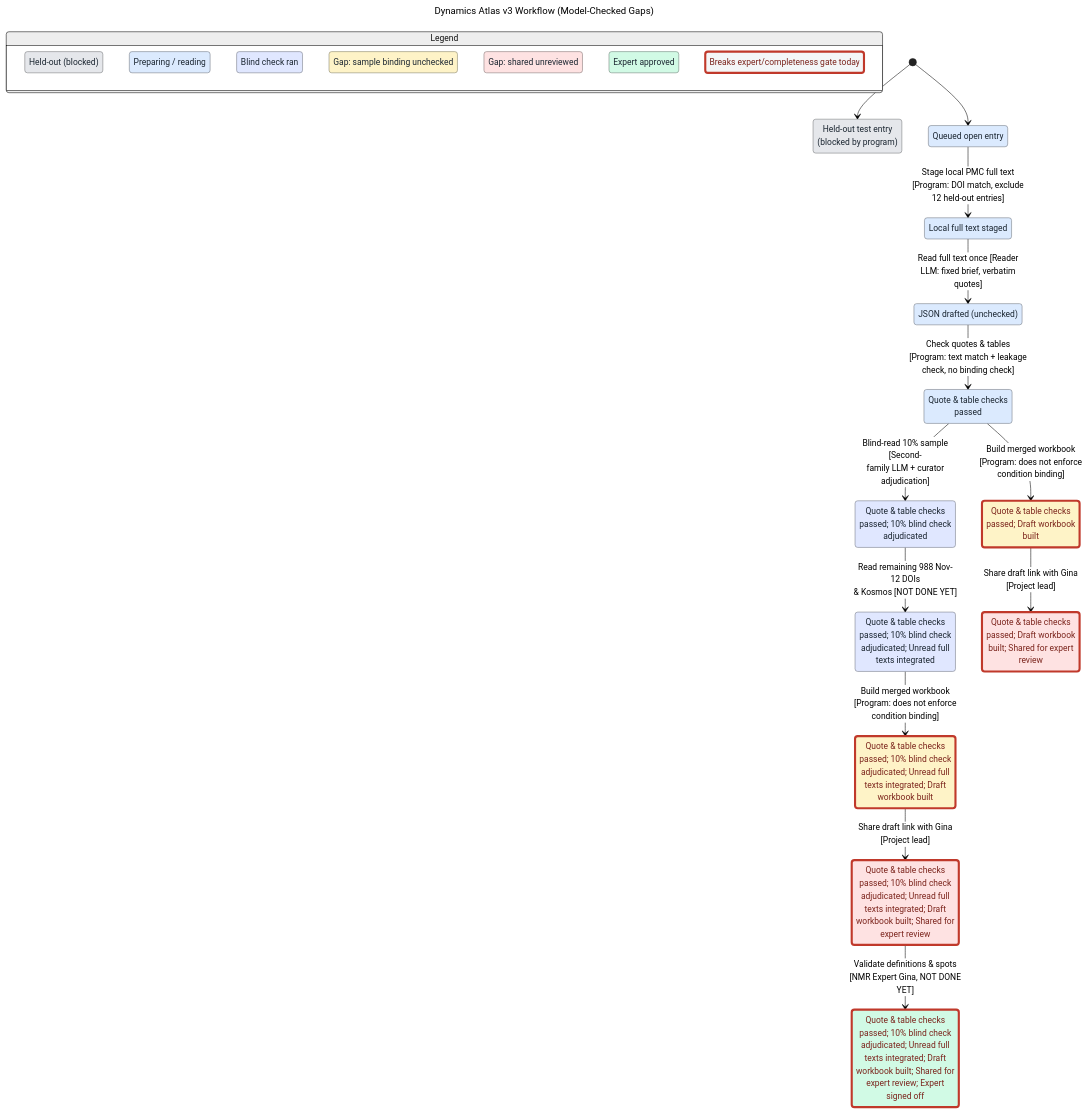
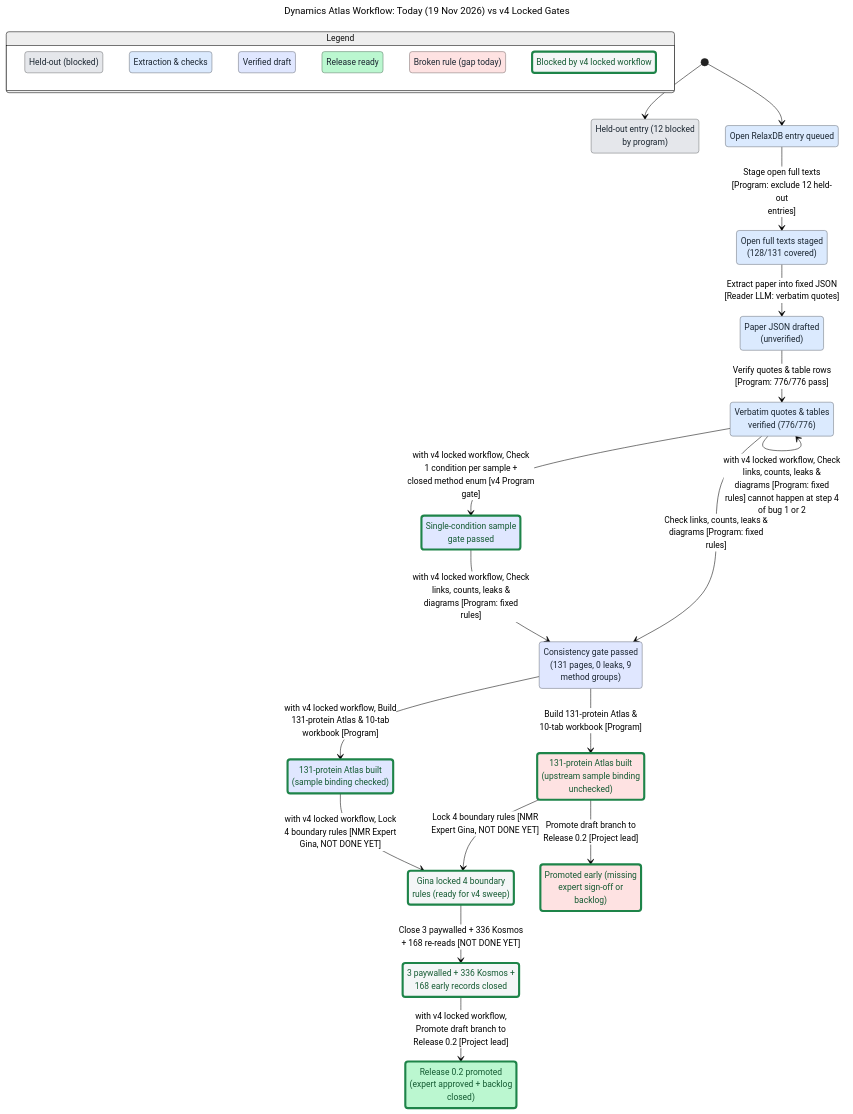
The diagram in methods/statechart/chart.mmd (alex051107/dynamics-atlas-relaxdb), drawn with Mermaid (neutral theme) before and after one commit. The commit also changed 13 other files, not shown here.

Commit message:
Update TLC statechart model to compare 19 Nov workflow against v4 locked gates

```diff
--- a/methods/statechart/chart.mmd
+++ b/methods/statechart/chart.mmd
@@ -1,70 +1,74 @@
 ---
-title: "Dynamics Atlas v3 Workflow (Model-Checked Gaps)"
+title: "Dynamics Atlas Workflow: Today (19 Nov 2026) vs v4 Locked Gates"
 config:
   markdownAutoWrap: false
   state:
     useMaxWidth: false
 ---
 stateDiagram-v2
-  classDef plainWrong fill:#f4f6f7,stroke:#c0392b,stroke-width:4px,color:#7b241c
+  %% second model (fix): v4 locked workflow
+  classDef plainFixed fill:#f4f6f7,stroke:#1e8449,stroke-width:4px,color:#145a32
   classDef group0 fill:#e5e7eb,stroke:#737476,color:#1b2631
   classDef group1 fill:#dbeafe,stroke:#6e757f,color:#1b2631
   classDef group2 fill:#e0e7ff,stroke:#707480,color:#1b2631
-  classDef group3 fill:#fef3c7,stroke:#7f7a64,color:#1b2631
-  classDef group3Wrong fill:#fef3c7,stroke:#c0392b,stroke-width:4px,color:#7b241c
-  classDef group4 fill:#fee2e2,stroke:#7f7171,color:#1b2631
-  classDef group4Wrong fill:#fee2e2,stroke:#c0392b,stroke-width:4px,color:#7b241c
-  classDef group5 fill:#d1fae5,stroke:#697d73,color:#1b2631
-  classDef group5Wrong fill:#d1fae5,stroke:#c0392b,stroke-width:4px,color:#7b241c
+  classDef group2Fixed fill:#e0e7ff,stroke:#1e8449,stroke-width:4px,color:#145a32
+  classDef group4 fill:#bbf7d0,stroke:#5e7c68,color:#1b2631
+  classDef group4Fixed fill:#bbf7d0,stroke:#1e8449,stroke-width:4px,color:#145a32
+  classDef group5 fill:#fee2e2,stroke:#7f7171,color:#1b2631
+  classDef group5Fixed fill:#fee2e2,stroke:#1e8449,stroke-width:4px,color:#145a32
   state "Legend" as legend {
     state "Held-out (blocked)" as legendGroup0
-    state "Preparing / reading" as legendGroup1
-    state "Blind check ran" as legendGroup2
-    state "Gap: sample binding unchecked" as legendGroup3
-    state "Gap: shared unreviewed" as legendGroup4
-    state "Expert approved" as legendGroup5
-    state "Breaks expert/completeness gate today" as legendWrong
+    state "Extraction & checks" as legendGroup1
+    state "Verified draft" as legendGroup2
+    state "Release ready" as legendGroup4
+    state "Broken rule (gap today)" as legendGroup5
+    state "Blocked by v4 locked workflow" as legendFixed
   }
   class legendGroup0 group0
   class legendGroup1 group1
   class legendGroup2 group2
-  class legendGroup3 group3
   class legendGroup4 group4
   class legendGroup5 group5
-  class legendWrong plainWrong
-  state "Held-out test entry<br/>(blocked by program)" as s0
-  state "JSON drafted (unchecked)" as s1
-  state "Local full text staged" as s2
-  state "Queued open entry" as s3
-  state "Quote & table checks<br/>passed" as s4
-  state "Quote & table checks<br/>passed; 10% blind check<br/>adjudicated" as s5
-  state "Quote & table checks<br/>passed; 10% blind check<br/>adjudicated; Unread full<br/>texts integrated" as s6
-  state "Quote & table checks<br/>passed; 10% blind check<br/>adjudicated; Unread full<br/>texts integrated; Draft<br/>workbook built" as s7
-  state "Quote & table checks<br/>passed; 10% blind check<br/>adjudicated; Unread full<br/>texts integrated; Draft<br/>workbook built; Shared for<br/>expert review" as s8
-  state "Quote & table checks<br/>passed; 10% blind check<br/>adjudicated; Unread full<br/>texts integrated; Draft<br/>workbook built; Shared for<br/>expert review; Expert<br/>signed off" as s9
-  state "Quote & table checks<br/>passed; Draft workbook<br/>built" as s10
-  state "Quote & table checks<br/>passed; Draft workbook<br/>built; Shared for expert<br/>review" as s11
-  [*] --> s0
-  [*] --> s3
-  s3 --> s2 : Stage local PMC full text<br/>[Program: DOI match, exclude<br/>12 held-out entries]
-  s2 --> s1 : Read full text once [Reader<br/>LLM: fixed brief, verbatim<br/>quotes]
-  s1 --> s4 : Check quotes & tables<br/>[Program: text match + leakage<br/>check, no binding check]
-  s4 --> s5 : Blind-read 10% sample<br/>[Second-family LLM + curator<br/>adjudication]
-  s4 --> s10 : Build merged workbook<br/>[Program: does not enforce<br/>condition binding]
-  s5 --> s6 : Read remaining 988 Nov-12 DOIs<br/>& Kosmos [NOT DONE YET]
-  s10 --> s11 : Share draft link with Gina<br/>[Project lead]
-  s6 --> s7 : Build merged workbook<br/>[Program: does not enforce<br/>condition binding]
-  s7 --> s8 : Share draft link with Gina<br/>[Project lead]
-  s8 --> s9 : Validate definitions & spots<br/>[NMR Expert Gina, NOT DONE<br/>YET]
-  class s0 group0
-  class s1 group1
-  class s2 group1
-  class s3 group1
-  class s4 group1
-  class s5 group2
-  class s6 group2
-  class s7 group3Wrong
-  class s8 group4Wrong
-  class s9 group5Wrong
-  class s10 group3Wrong
-  class s11 group4Wrong
+  class legendFixed plainFixed
+  state "131-protein Atlas built<br/>(sample binding checked)" as s0
+  state "131-protein Atlas built<br/>(upstream sample binding<br/>unchecked)" as s1
+  state "3 paywalled + 336 Kosmos +<br/>168 early records closed" as s2
+  state "Consistency gate passed<br/>(131 pages, 0 leaks, 9<br/>method groups)" as s3
+  state "Gina locked 4 boundary<br/>rules (ready for v4 sweep)" as s4
+  state "Held-out entry (12 blocked<br/>by program)" as s5
+  state "Open RelaxDB entry queued" as s6
+  state "Open full texts staged<br/>(128/131 covered)" as s7
+  state "Paper JSON drafted<br/>(unverified)" as s8
+  state "Promoted early (missing<br/>expert sign-off or<br/>backlog)" as s9
+  state "Release 0.2 promoted<br/>(expert approved + backlog<br/>closed)" as s10
+  state "Single-condition sample<br/>gate passed" as s11
+  state "Verbatim quotes & tables<br/>verified (776/776)" as s12
+  [*] --> s5
+  [*] --> s6
+  s6 --> s7 : Stage open full texts<br/>[Program: exclude 12 held-out<br/>entries]
+  s7 --> s8 : Extract paper into fixed JSON<br/>[Reader LLM: verbatim quotes]
+  s8 --> s12 : Verify quotes & table rows<br/>[Program: 776/776 pass]
+  s12 --> s3 : Check links, counts, leaks &<br/>diagrams [Program: fixed<br/>rules]
+  s3 --> s1 : Build 131-protein Atlas &<br/>10-tab workbook [Program]
+  s1 --> s4 : Lock 4 boundary rules [NMR<br/>Expert Gina, NOT DONE YET]
+  s1 --> s9 : Promote draft branch to<br/>Release 0.2 [Project lead]
+  s4 --> s2 : Close 3 paywalled + 336 Kosmos<br/>+ 168 re-reads [NOT DONE YET]
+  s12 --> s11 : with v4 locked workflow, Check<br/>1 condition per sample +<br/>closed method enum [v4 Program<br/>gate]
+  s11 --> s3 : with v4 locked workflow, Check<br/>links, counts, leaks &<br/>diagrams [Program: fixed<br/>rules]
+  s3 --> s0 : with v4 locked workflow, Build<br/>131-protein Atlas & 10-tab<br/>workbook [Program]
+  s0 --> s4 : with v4 locked workflow, Lock<br/>4 boundary rules [NMR Expert<br/>Gina, NOT DONE YET]
+  s2 --> s10 : with v4 locked workflow,<br/>Promote draft branch to<br/>Release 0.2 [Project lead]
+  s12 --> s12 : with v4 locked workflow, Check<br/>links, counts, leaks &<br/>diagrams [Program: fixed<br/>rules] cannot happen at step 4<br/>of bug 1 or 2
+  class s0 group2Fixed
+  class s1 group5Fixed
+  class s2 plainFixed
+  class s3 group2
+  class s4 plainFixed
+  class s5 group0
+  class s6 group1
+  class s7 group1
+  class s8 group1
+  class s9 group5Fixed
+  class s10 group4Fixed
+  class s11 group2Fixed
+  class s12 group1
```
